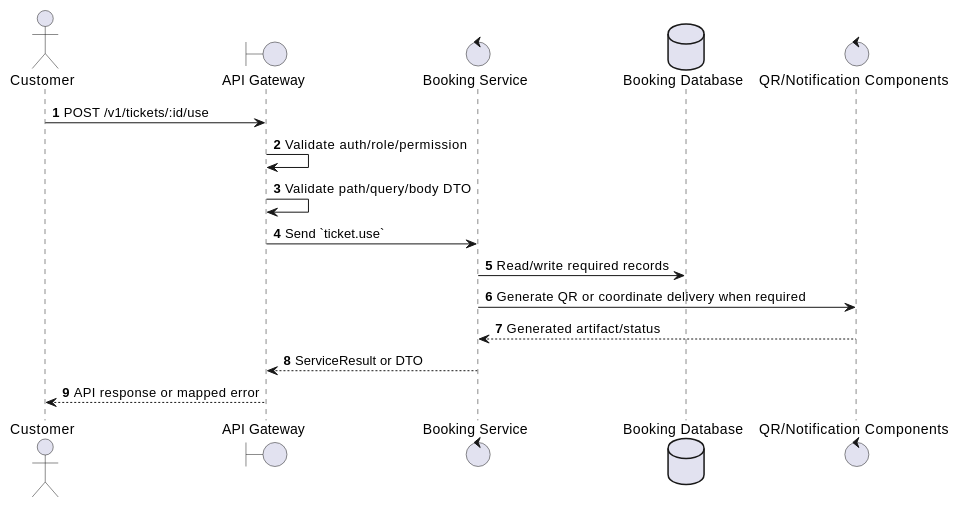
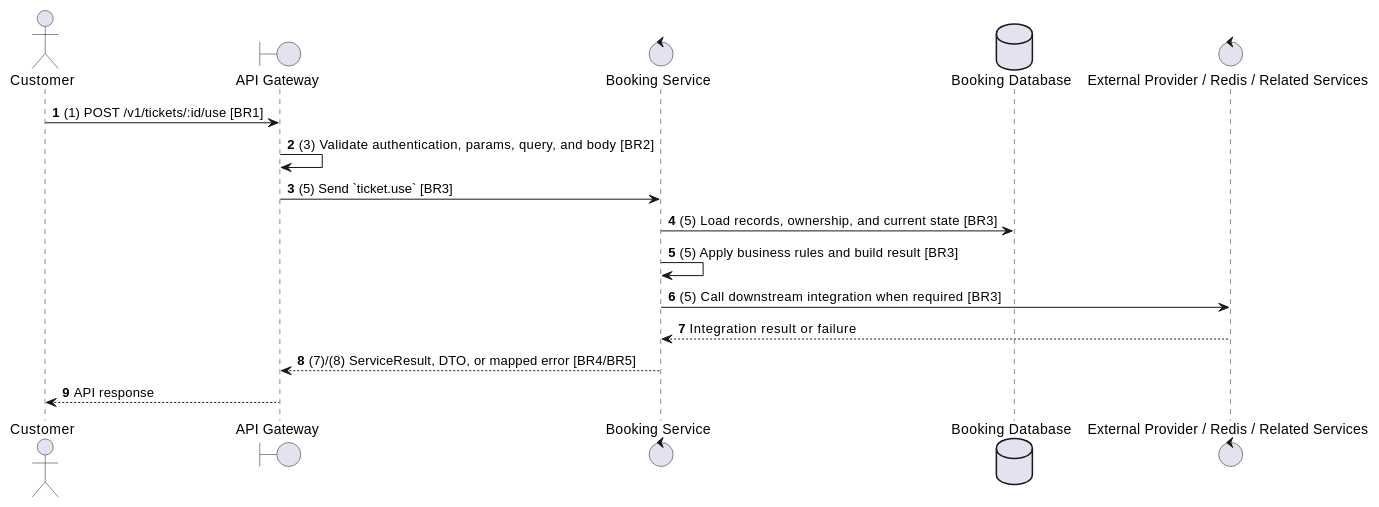
The second of 2 diagrams in docs/functional_specs/3.7_Ticket_Management_Module/TK-04_Use_Ticket.md (Tanh1603/movie-hub-architecture), drawn with PlantUML before and after one commit. The commit also changed other lines of this file and 129 other files, not shown here.

````diff
--- a/docs/functional_specs/3.7_Ticket_Management_Module/TK-04_Use_Ticket.md
+++ b/docs/functional_specs/3.7_Ticket_Management_Module/TK-04_Use_Ticket.md
@@ -17,20 +64,20 @@
 ```plantuml
 @startuml
 autonumber
 actor "Customer" as Actor
 boundary "API Gateway" as GW
 control "Booking Service" as SVC
 database "Booking Database" as DB
-control "QR/Notification Components" as EXT
+control "External Provider / Redis / Related Services" as EXT
 
-Actor -> GW: POST /v1/tickets/:id/use
-GW -> GW: Validate auth/role/permission
-GW -> GW: Validate path/query/body DTO
-GW -> SVC: Send `ticket.use`
-SVC -> DB: Read/write required records
-SVC -> EXT: Generate QR or coordinate delivery when required
-EXT --> SVC: Generated artifact/status
-SVC --> GW: ServiceResult or DTO
-GW --> Actor: API response or mapped error
+Actor -> GW: (1) POST /v1/tickets/:id/use [BR1]
+GW -> GW: (3) Validate authentication, params, query, and body [BR2]
+GW -> SVC: (5) Send `ticket.use` [BR3]
+SVC -> DB: (5) Load records, ownership, and current state [BR3]
+SVC -> SVC: (5) Apply business rules and build result [BR3]
+SVC -> EXT: (5) Call downstream integration when required [BR3]
+EXT --> SVC: Integration result or failure
+SVC --> GW: (7)/(8) ServiceResult, DTO, or mapped error [BR4/BR5]
+GW --> Actor: API response
 @enduml
 ```
````
